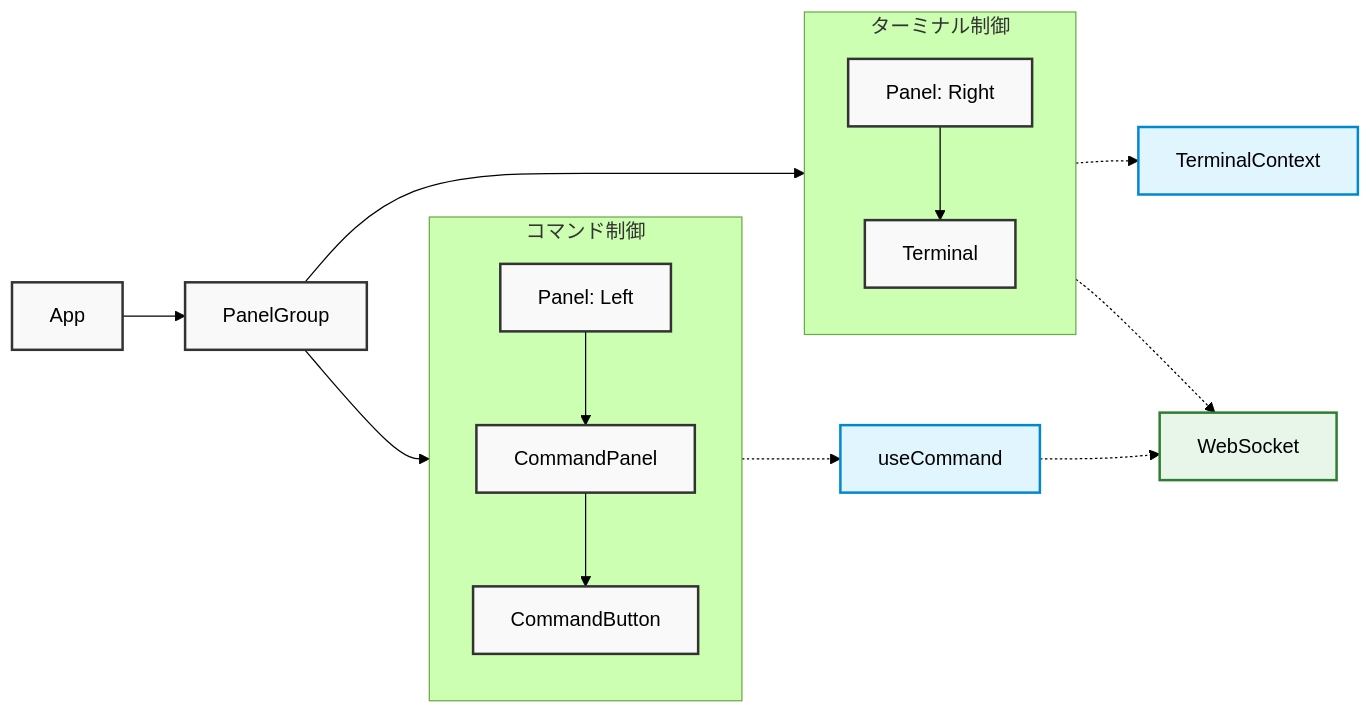
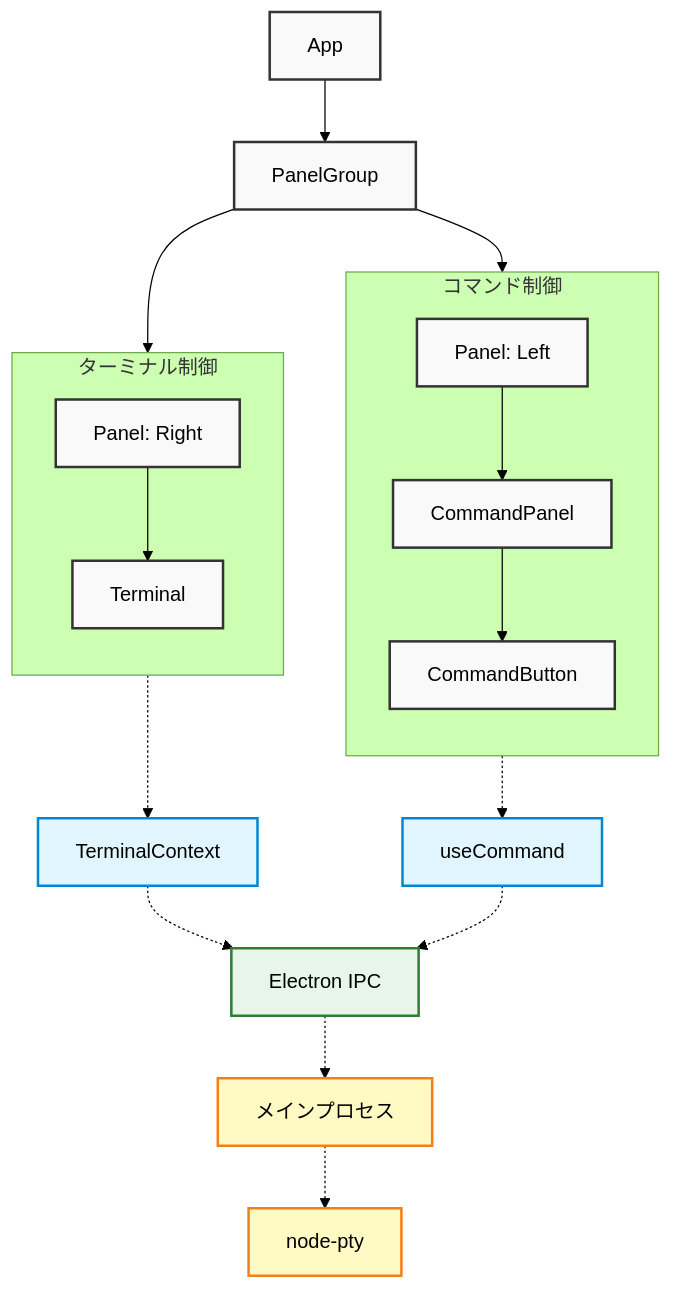
One commit to yuki-matsu783/ExecDock changed the first of 3 diagrams in DEVELOPMENT.md. Above: the diagram before and after it, drawn with Mermaid (forest theme). The commit also changed other lines of this file and 1 other file, not shown here.

````diff
--- a/DEVELOPMENT.md
+++ b/DEVELOPMENT.md
@@ -38,38 +57,44 @@
 ```mermaid
-graph LR
+graph TB
     A[App] --> B[PanelGroup]
 
     %% 左右の配置を明確にする
     subgraph 左パネル[コマンド制御]
         direction TB
         C[Panel: Left]
         E[CommandPanel]
         F[CommandButton]
         C --> E
         E --> F
     end
 
     subgraph 右パネル[ターミナル制御]
         direction TB
         D[Panel: Right]
         G[Terminal]
         D --> G
     end
 
     %% パネルグループの配置
     B --> C
     B --> D
 
-    %% コンテキストとWebSocket接続
+    %% コンテキストと通信
     G -.-> H[TerminalContext]
     F -.-> I[useCommand]
-    G -.-> J[WebSocket]
+    H -.-> J[Electron IPC]
     I -.-> J
+    
+    %% Electronプロセス
+    J -.-> K[メインプロセス]
+    K -.-> L[node-pty]
 
     %% スタイリング
     classDef default fill:#f9f9f9,stroke:#333,stroke-width:2px;
     classDef context fill:#e1f5fe,stroke:#0288d1,stroke-width:2px;
-    classDef ws fill:#e8f5e9,stroke:#2e7d32,stroke-width:2px;
+    classDef ipc fill:#e8f5e9,stroke:#2e7d32,stroke-width:2px;
+    classDef electron fill:#fff9c4,stroke:#f57f17,stroke-width:2px;
     class H,I context;
-    class J ws;
+    class J ipc;
+    class K,L electron;
 ```
````
